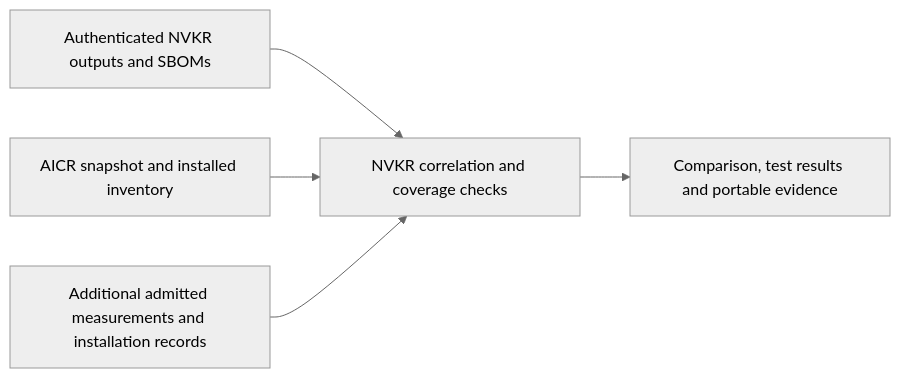
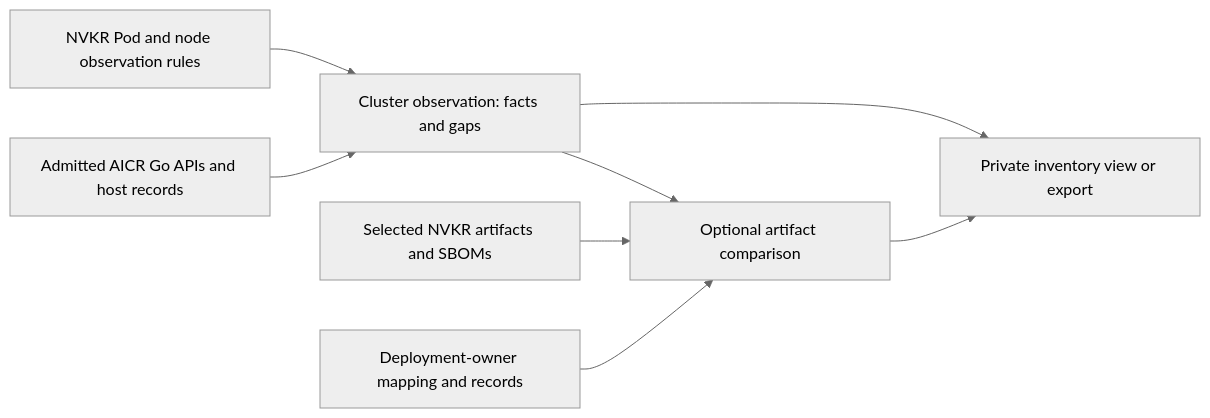
Before and after one commit to dsx-ai-factory/nvkr: the diagram in docs/cluster-observation-and-artifact-attribution.md, drawn with Mermaid (neutral theme). The commit also changed other lines of this file and 6 other files, not shown here.

````diff
--- a/docs/cluster-observation-and-artifact-attribution.md
+++ b/docs/cluster-observation-and-artifact-attribution.md
@@ -145,7 +152,10 @@
 ```mermaid
 flowchart LR
-    B["Authenticated NVKR outputs and SBOMs"] --> C["NVKR correlation and coverage checks"]
-    A["AICR snapshot and installed inventory"] --> C
-    M["Additional admitted measurements and installation records"] --> C
-    C --> R["Comparison, test results and portable evidence"]
+    K["NVKR Pod and node observation rules"] --> O["Cluster observation: facts and gaps"]
+    A["Admitted AICR Go APIs and host records"] --> O
+    O --> V["Private inventory view or export"]
+    O --> C["Optional artifact comparison"]
+    B["Selected NVKR artifacts and SBOMs"] --> C
+    D["Deployment-owner mapping and records"] --> C
+    C --> V
 ```
````
